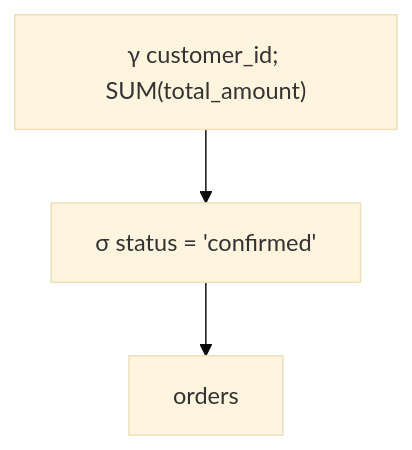
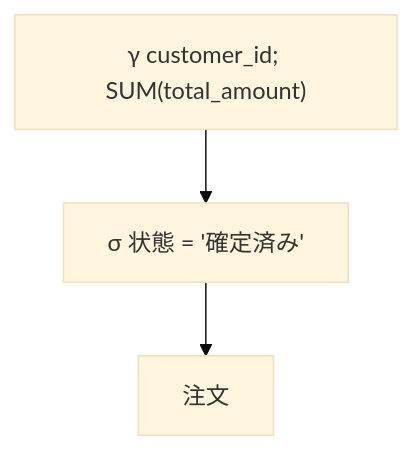
The second of 5 diagrams in src/content/docs/03-query-processing/06-sql-logical-plans.md (hirunebot/database-systems-book), drawn with Mermaid (base theme) before and after one commit. The commit also changed other lines of this file and 42 other files, not shown here.

````diff
--- a/src/content/docs/03-query-processing/06-sql-logical-plans.md
+++ b/src/content/docs/03-query-processing/06-sql-logical-plans.md
@@ -98,8 +98,8 @@
 ```mermaid
 flowchart TB
     Agg["γ customer_id; SUM(total_amount)"]
-    Filter["σ status = 'confirmed'"]
-    Orders["orders"]
+    Filter["σ 状態 = '確定済み'"]
+    Orders["注文"]
     Agg --> Filter
     Filter --> Orders
 ```
````
